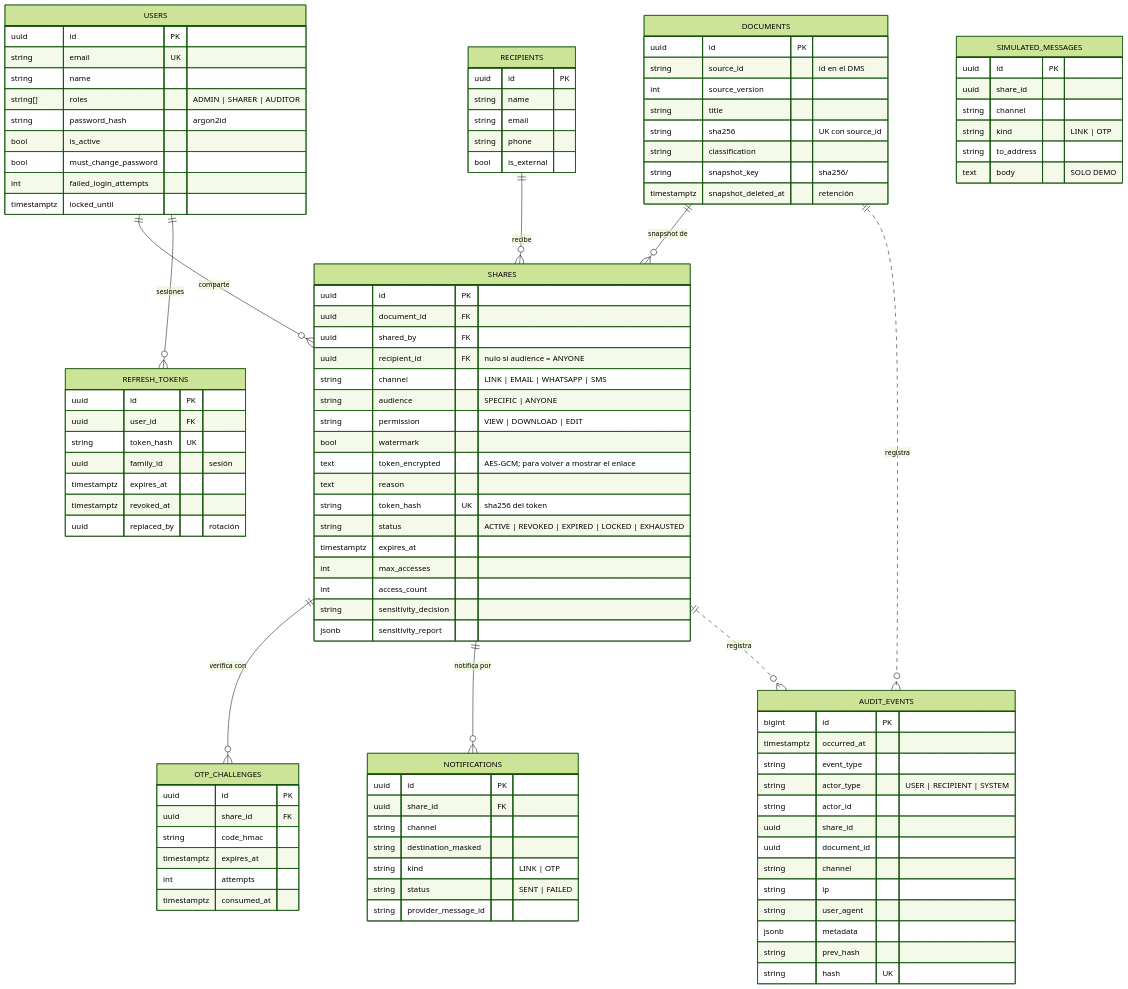
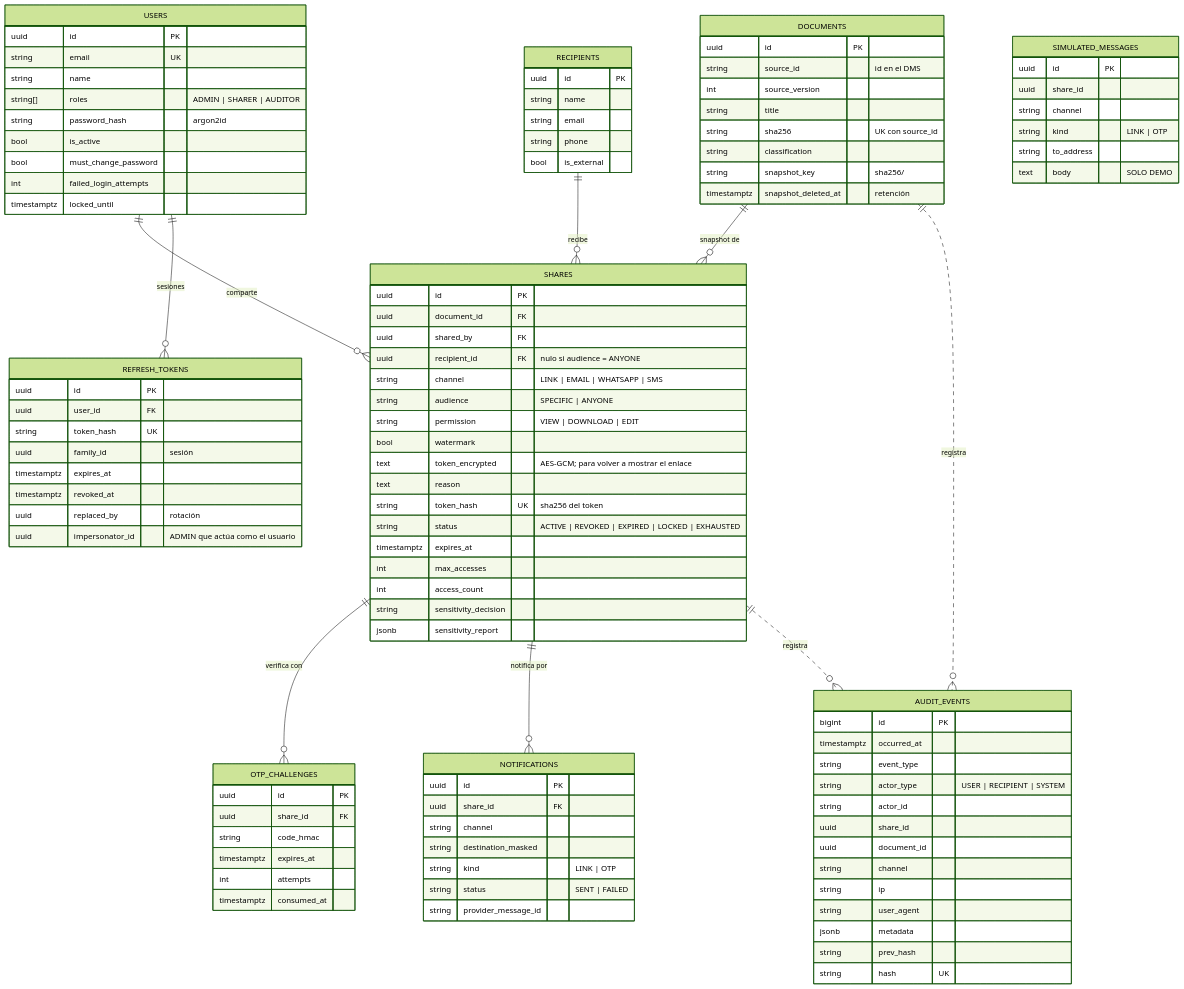
Before and after one commit to samilr/thinknex-docshare: the first of 3 diagrams in docs/03-modelo-datos.md, drawn with Mermaid (forest theme). The commit also changed other lines of this file and 10 other files, not shown here.

```diff
--- a/docs/03-modelo-datos.md
+++ b/docs/03-modelo-datos.md
@@ -34,6 +46,7 @@
         timestamptz expires_at
         timestamptz revoked_at
         uuid replaced_by "rotación"
+        uuid impersonator_id "ADMIN que actúa como el usuario"
     }
     SIMULATED_MESSAGES {
         uuid id PK
```
